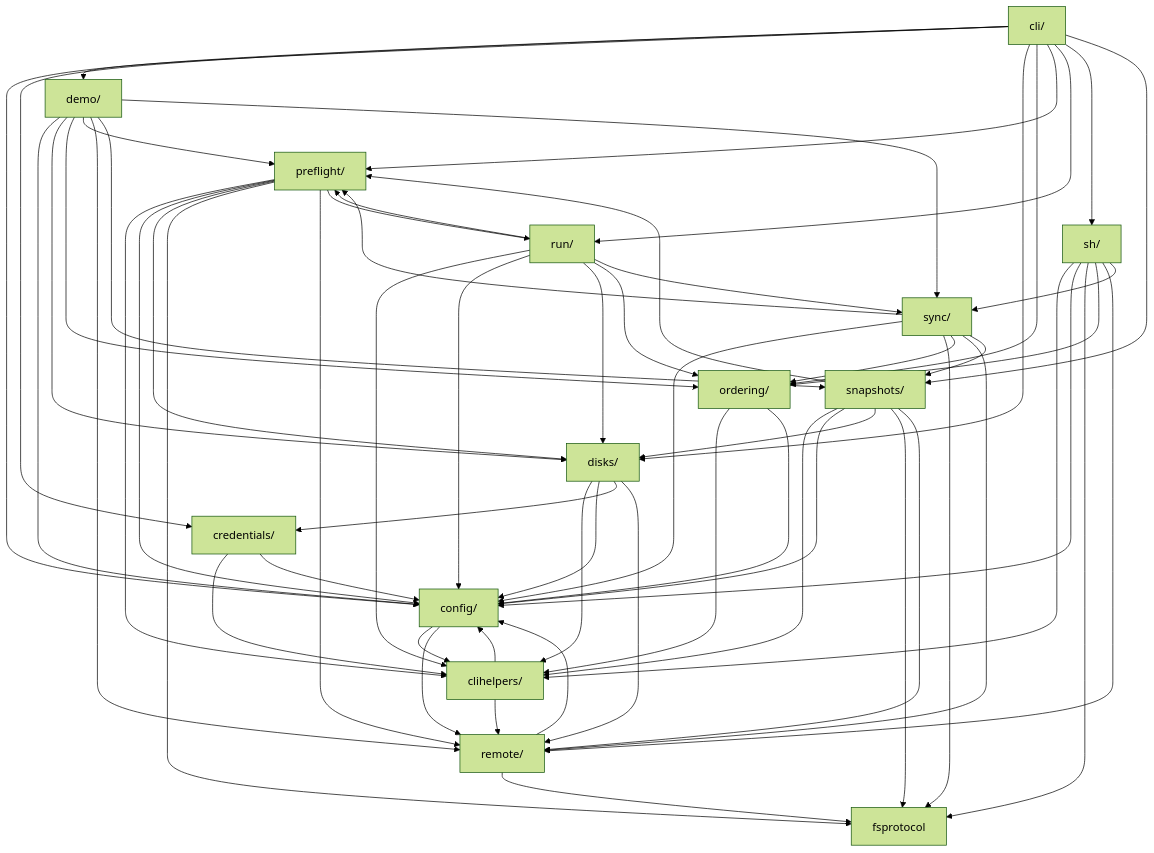
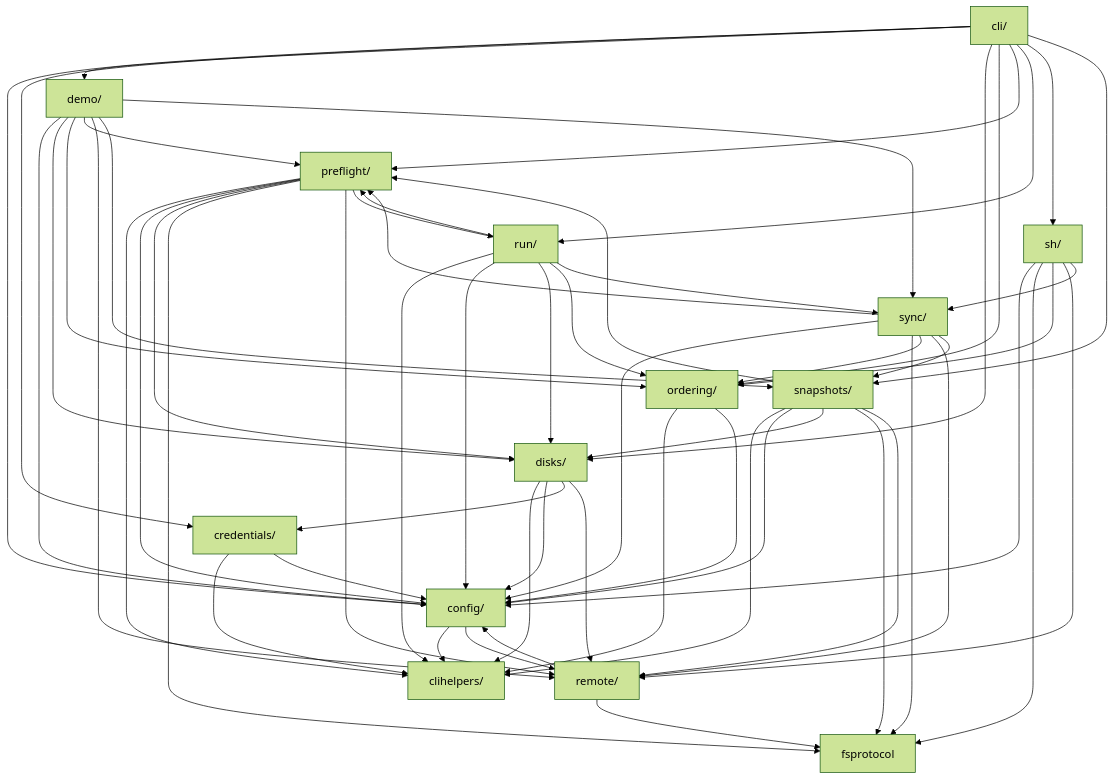
The diagram in docs/architecture.md (iglootools/nbkp), drawn with Mermaid (forest theme) before and after one commit. The commit also changed 22 other files, not shown here.

First line of the commit message:
refactor: move config/endpoint CLI helpers to config.clihelpers

````diff
--- a/docs/architecture.md
+++ b/docs/architecture.md
@@ -11,78 +11,75 @@
 ```mermaid
 graph TD
     cli["cli/"]
     clihelpers["clihelpers/"]
     config["config/"]
     credentials["credentials/"]
     demo["demo/"]
     disks["disks/"]
     fsprotocol["fsprotocol"]
     ordering["ordering/"]
     preflight["preflight/"]
     remote["remote/"]
     run["run/"]
     sh["sh/"]
     snapshots["snapshots/"]
     sync["sync/"]
 
     cli --> config
     cli --> credentials
     cli --> demo
     cli --> disks
     cli --> ordering
     cli --> preflight
     cli --> run
     cli --> sh
     cli --> snapshots
-    clihelpers --> config
-    clihelpers --> remote
     config --> clihelpers
     config --> remote
     credentials --> clihelpers
     credentials --> config
     demo --> config
     demo --> disks
     demo --> ordering
     demo --> preflight
     demo --> remote
     demo --> snapshots
     demo --> sync
     disks --> clihelpers
     disks --> config
     disks --> credentials
     disks --> remote
     ordering --> clihelpers
     ordering --> config
     preflight --> clihelpers
     preflight --> config
     preflight --> disks
     preflight --> fsprotocol
     preflight --> remote
     preflight --> run
     remote --> config
     remote --> fsprotocol
     run --> clihelpers
     run --> config
     run --> disks
     run --> ordering
     run --> preflight
     run --> sync
-    sh --> clihelpers
     sh --> config
     sh --> fsprotocol
     sh --> ordering
     sh --> remote
     sh --> sync
     snapshots --> clihelpers
     snapshots --> config
     snapshots --> disks
     snapshots --> fsprotocol
     snapshots --> preflight
     snapshots --> remote
     sync --> config
     sync --> fsprotocol
     sync --> ordering
     sync --> preflight
     sync --> remote
     sync --> snapshots
 ```
````
